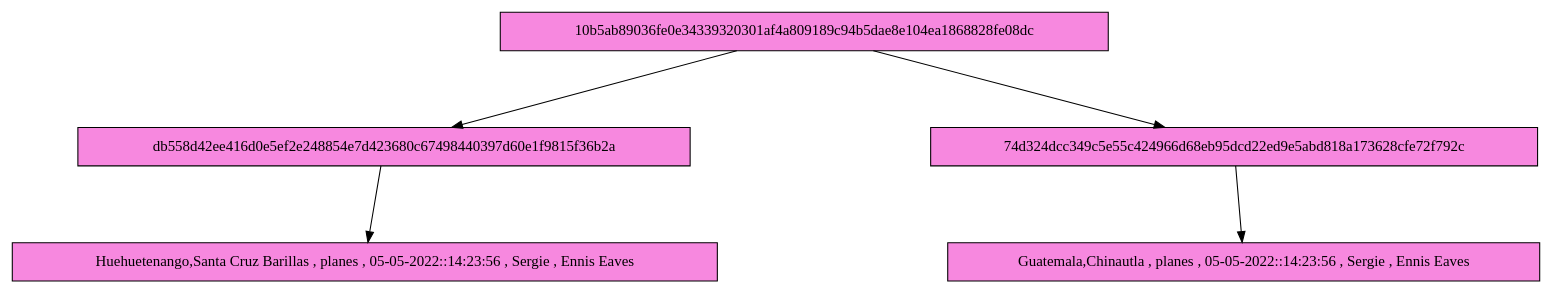
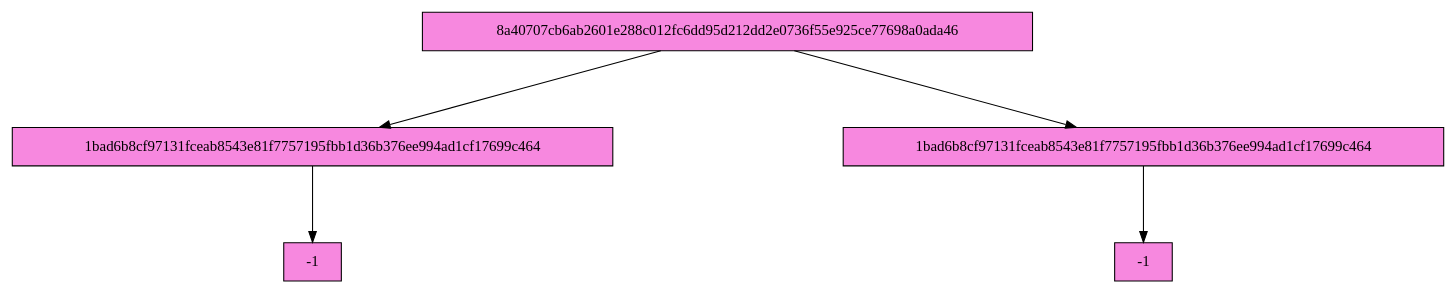
One commit to Serch-ING/EDD_UDRAWING_202000119 changed the diagram in FASE 3/Grafico/Merkle_1.dot. Above: the diagram before and after it, drawn with Graphviz. The commit also changed 7 other files, not shown here.

```diff
--- a/FASE 3/Grafico/Merkle_1.dot
+++ b/FASE 3/Grafico/Merkle_1.dot
@@ -1,16 +1,16 @@
 digraph G {
 nodesep=3; 
 ranksep=1;
 node[shape=box style = filled fillcolor="#F788DF"];
-	NodoABB1156720986[ label="10b5ab89036fe0e34339320301af4a809189c94b5dae8e104ea1868828fe08dc"  ];
-	NodoABB2107748892[ label="db558d42ee416d0e5ef2e248854e7d423680c67498440397d60e1f9815f36b2a"];
-NodoABB1156720986->NodoABB2107748892
-	NodoABB2107748892[ label="db558d42ee416d0e5ef2e248854e7d423680c67498440397d60e1f9815f36b2a"  ];
-	NodoABB2107748892db558d42ee416d0e5ef2e248854e7d423680c67498440397d60e1f9815f36b2a[ label="Huehuetenango,Santa Cruz Barillas , planes , 05-05-2022::14:23:56 , Sergie , Ennis Eaves"  ];
-NodoABB2107748892->NodoABB2107748892db558d42ee416d0e5ef2e248854e7d423680c67498440397d60e1f9815f36b2a
-	NodoABB1814930713[ label="74d324dcc349c5e55c424966d68eb95dcd22ed9e5abd818a173628cfe72f792c" ];
-NodoABB1156720986->NodoABB1814930713
-	NodoABB1814930713[ label="74d324dcc349c5e55c424966d68eb95dcd22ed9e5abd818a173628cfe72f792c"  ];
-	NodoABB181493071374d324dcc349c5e55c424966d68eb95dcd22ed9e5abd818a173628cfe72f792c[ label="Guatemala,Chinautla , planes , 05-05-2022::14:23:56 , Sergie , Ennis Eaves"  ];
-NodoABB1814930713->NodoABB181493071374d324dcc349c5e55c424966d68eb95dcd22ed9e5abd818a173628cfe72f792c
+	NodoABB401803625[ label="8a40707cb6ab2601e288c012fc6dd95d212dd2e0736f55e925ce77698a0ada46"  ];
+	NodoABB1410546179[ label="1bad6b8cf97131fceab8543e81f7757195fbb1d36b376ee994ad1cf17699c464"];
+NodoABB401803625->NodoABB1410546179
+	NodoABB1410546179[ label="1bad6b8cf97131fceab8543e81f7757195fbb1d36b376ee994ad1cf17699c464"  ];
+	NodoABB14105461791bad6b8cf97131fceab8543e81f7757195fbb1d36b376ee994ad1cf17699c464[ label="-1"  ];
+NodoABB1410546179->NodoABB14105461791bad6b8cf97131fceab8543e81f7757195fbb1d36b376ee994ad1cf17699c464
+	NodoABB1237802338[ label="1bad6b8cf97131fceab8543e81f7757195fbb1d36b376ee994ad1cf17699c464" ];
+NodoABB401803625->NodoABB1237802338
+	NodoABB1237802338[ label="1bad6b8cf97131fceab8543e81f7757195fbb1d36b376ee994ad1cf17699c464"  ];
+	NodoABB12378023381bad6b8cf97131fceab8543e81f7757195fbb1d36b376ee994ad1cf17699c464[ label="-1"  ];
+NodoABB1237802338->NodoABB12378023381bad6b8cf97131fceab8543e81f7757195fbb1d36b376ee994ad1cf17699c464
 }
```
